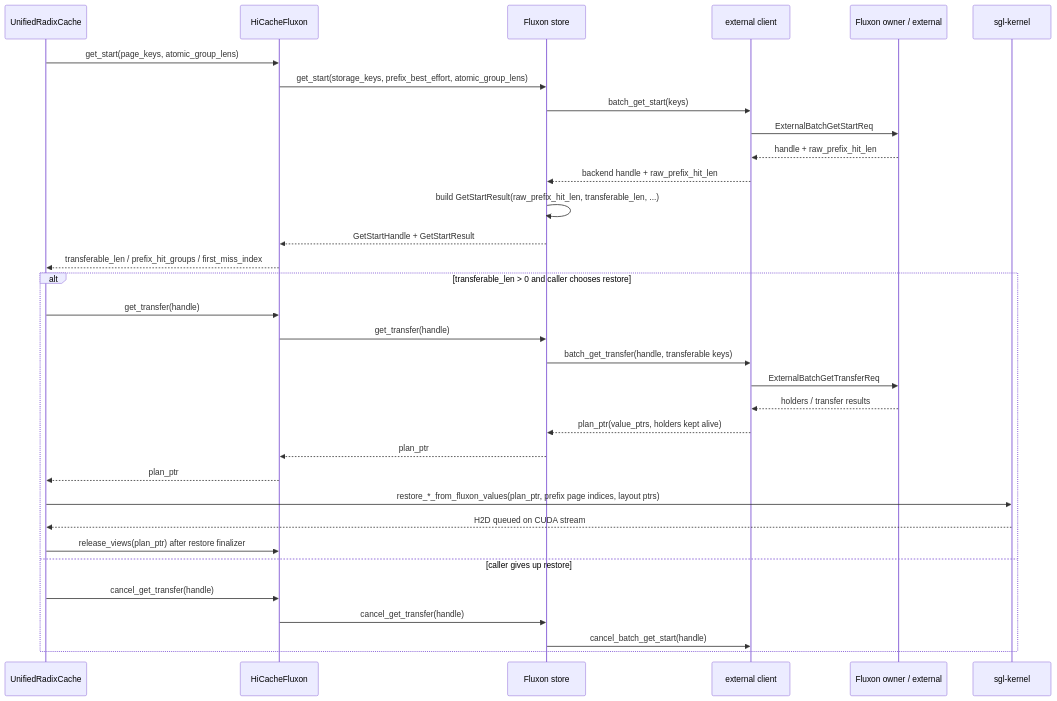
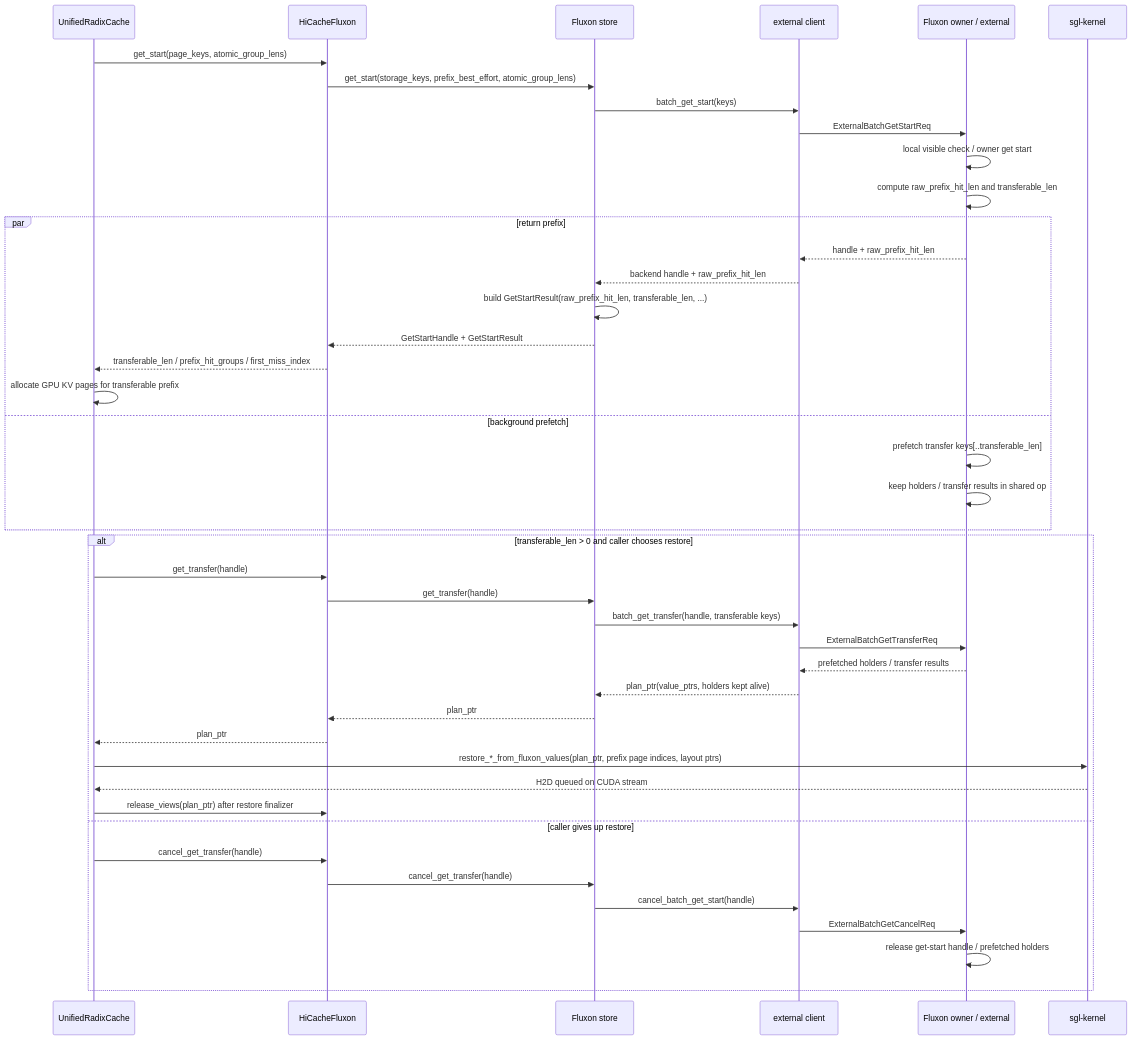
One commit to Tele-AI/Fluxon changed the fourth of 4 diagrams in fluxon_doc_cn/design/sglang_fluxon_kv集成设计.md. Above: the diagram before and after it, drawn with Mermaid. The commit also changed other lines of this file and 21 other files, not shown here.

````diff
--- a/fluxon_doc_cn/design/sglang_fluxon_kv集成设计.md
+++ b/fluxon_doc_cn/design/sglang_fluxon_kv集成设计.md
@@ -233,36 +346,46 @@
 ```mermaid
 sequenceDiagram
     participant U as UnifiedRadixCache
     participant B as HiCacheFluxon
     participant F as Fluxon store
     participant E as external client
     participant O as Fluxon owner / external
     participant K as sgl-kernel
 
     U->>B: get_start(page_keys, atomic_group_lens)
     B->>F: get_start(storage_keys, prefix_best_effort, atomic_group_lens)
     F->>E: batch_get_start(keys)
     E->>O: ExternalBatchGetStartReq
-    O-->>E: handle + raw_prefix_hit_len
-    E-->>F: backend handle + raw_prefix_hit_len
-    F->>F: build GetStartResult(raw_prefix_hit_len, transferable_len, ...)
-    F-->>B: GetStartHandle + GetStartResult
-    B-->>U: transferable_len / prefix_hit_groups / first_miss_index
+    O->>O: local visible check / owner get start
+    O->>O: compute raw_prefix_hit_len and transferable_len
+    par return prefix
+        O-->>E: handle + raw_prefix_hit_len
+        E-->>F: backend handle + raw_prefix_hit_len
+        F->>F: build GetStartResult(raw_prefix_hit_len, transferable_len, ...)
+        F-->>B: GetStartHandle + GetStartResult
+        B-->>U: transferable_len / prefix_hit_groups / first_miss_index
+        U->>U: allocate GPU KV pages for transferable prefix
+    and background prefetch
+        O->>O: prefetch transfer keys[..transferable_len]
+        O->>O: keep holders / transfer results in shared op
+    end
     alt transferable_len > 0 and caller chooses restore
         U->>B: get_transfer(handle)
         B->>F: get_transfer(handle)
         F->>E: batch_get_transfer(handle, transferable keys)
         E->>O: ExternalBatchGetTransferReq
-        O-->>E: holders / transfer results
+        O-->>E: prefetched holders / transfer results
         E-->>F: plan_ptr(value_ptrs, holders kept alive)
         F-->>B: plan_ptr
         B-->>U: plan_ptr
         U->>K: restore_*_from_fluxon_values(plan_ptr, prefix page indices, layout ptrs)
         K-->>U: H2D queued on CUDA stream
         U->>B: release_views(plan_ptr) after restore finalizer
     else caller gives up restore
         U->>B: cancel_get_transfer(handle)
         B->>F: cancel_get_transfer(handle)
         F->>E: cancel_batch_get_start(handle)
+        E->>O: ExternalBatchGetCancelReq
+        O->>O: release get-start handle / prefetched holders
     end
 ```
````
